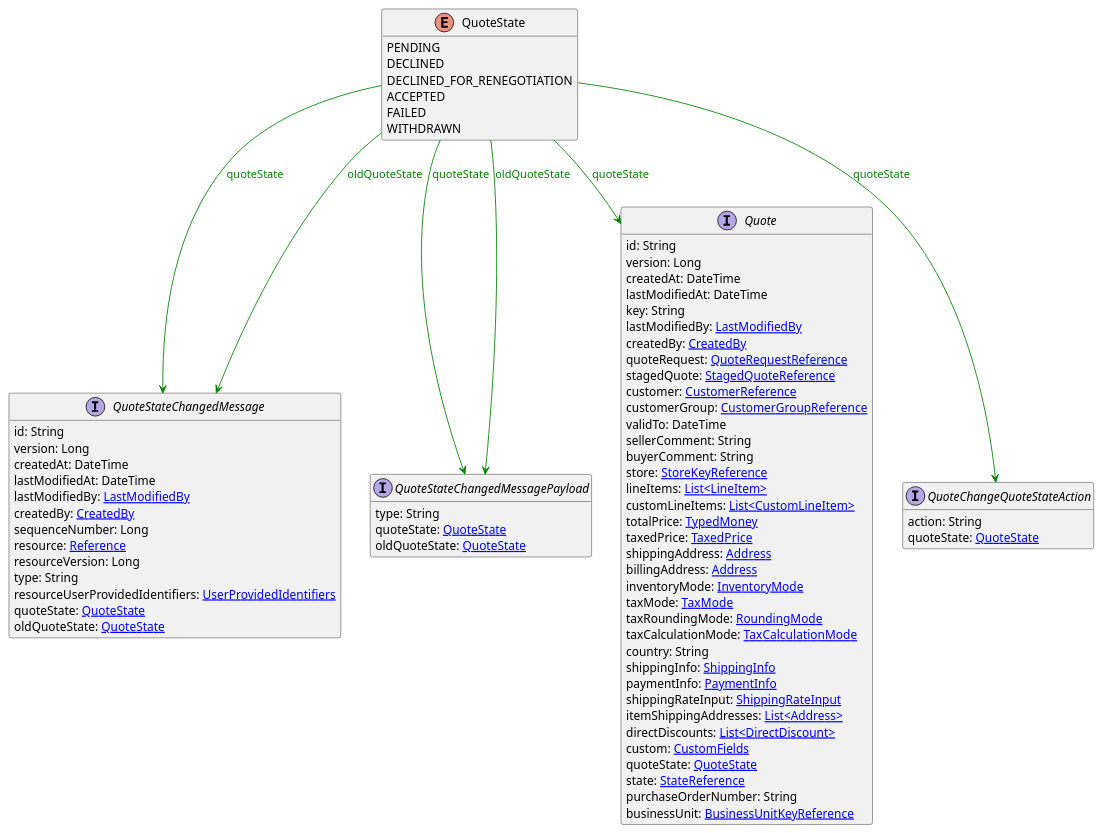
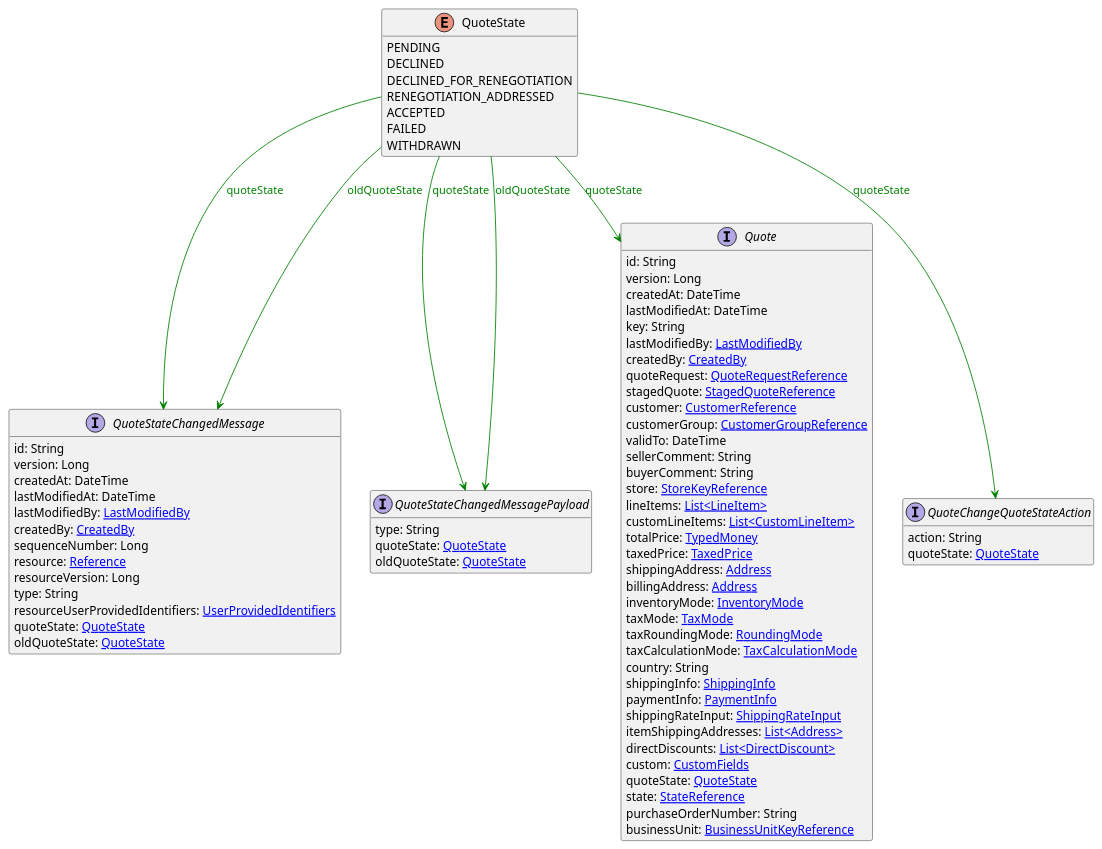
The diagram in uml/api/QuoteState.puml (commercetools/commercetools-api-reference), drawn with PlantUML before and after one commit. The commit also changed 2 other files, not shown here.

```diff
--- a/uml/api/QuoteState.puml
+++ b/uml/api/QuoteState.puml
@@ -1,80 +1,81 @@
 @startuml
 
 hide methods
 enum QuoteState {
     PENDING
     DECLINED
     DECLINED_FOR_RENEGOTIATION
+    RENEGOTIATION_ADDRESSED
     ACCEPTED
     FAILED
     WITHDRAWN
 }
 interface QuoteStateChangedMessage [[QuoteStateChangedMessage.svg]]  {
     id: String
     version: Long
     createdAt: DateTime
     lastModifiedAt: DateTime
     lastModifiedBy: [[LastModifiedBy.svg LastModifiedBy]]
     createdBy: [[CreatedBy.svg CreatedBy]]
     sequenceNumber: Long
     resource: [[Reference.svg Reference]]
     resourceVersion: Long
     type: String
     resourceUserProvidedIdentifiers: [[UserProvidedIdentifiers.svg UserProvidedIdentifiers]]
     quoteState: [[QuoteState.svg QuoteState]]
     oldQuoteState: [[QuoteState.svg QuoteState]]
 }
 interface QuoteStateChangedMessagePayload [[QuoteStateChangedMessagePayload.svg]]  {
     type: String
     quoteState: [[QuoteState.svg QuoteState]]
     oldQuoteState: [[QuoteState.svg QuoteState]]
 }
 interface Quote [[Quote.svg]]  {
     id: String
     version: Long
     createdAt: DateTime
     lastModifiedAt: DateTime
     key: String
     lastModifiedBy: [[LastModifiedBy.svg LastModifiedBy]]
     createdBy: [[CreatedBy.svg CreatedBy]]
     quoteRequest: [[QuoteRequestReference.svg QuoteRequestReference]]
     stagedQuote: [[StagedQuoteReference.svg StagedQuoteReference]]
     customer: [[CustomerReference.svg CustomerReference]]
     customerGroup: [[CustomerGroupReference.svg CustomerGroupReference]]
     validTo: DateTime
     sellerComment: String
     buyerComment: String
     store: [[StoreKeyReference.svg StoreKeyReference]]
     lineItems: [[LineItem.svg List<LineItem>]]
     customLineItems: [[CustomLineItem.svg List<CustomLineItem>]]
     totalPrice: [[TypedMoney.svg TypedMoney]]
     taxedPrice: [[TaxedPrice.svg TaxedPrice]]
     shippingAddress: [[Address.svg Address]]
     billingAddress: [[Address.svg Address]]
     inventoryMode: [[InventoryMode.svg InventoryMode]]
     taxMode: [[TaxMode.svg TaxMode]]
     taxRoundingMode: [[RoundingMode.svg RoundingMode]]
     taxCalculationMode: [[TaxCalculationMode.svg TaxCalculationMode]]
     country: String
     shippingInfo: [[ShippingInfo.svg ShippingInfo]]
     paymentInfo: [[PaymentInfo.svg PaymentInfo]]
     shippingRateInput: [[ShippingRateInput.svg ShippingRateInput]]
     itemShippingAddresses: [[Address.svg List<Address>]]
     directDiscounts: [[DirectDiscount.svg List<DirectDiscount>]]
     custom: [[CustomFields.svg CustomFields]]
     quoteState: [[QuoteState.svg QuoteState]]
     state: [[StateReference.svg StateReference]]
     purchaseOrderNumber: String
     businessUnit: [[BusinessUnitKeyReference.svg BusinessUnitKeyReference]]
 }
 interface QuoteChangeQuoteStateAction [[QuoteChangeQuoteStateAction.svg]]  {
     action: String
     quoteState: [[QuoteState.svg QuoteState]]
 }
 QuoteState --> QuoteStateChangedMessage #green;text:green : "quoteState"
 QuoteState --> QuoteStateChangedMessage #green;text:green : "oldQuoteState"
 QuoteState --> QuoteStateChangedMessagePayload #green;text:green : "quoteState"
 QuoteState --> QuoteStateChangedMessagePayload #green;text:green : "oldQuoteState"
 QuoteState --> Quote #green;text:green : "quoteState"
 QuoteState --> QuoteChangeQuoteStateAction #green;text:green : "quoteState"
 @enduml
```
